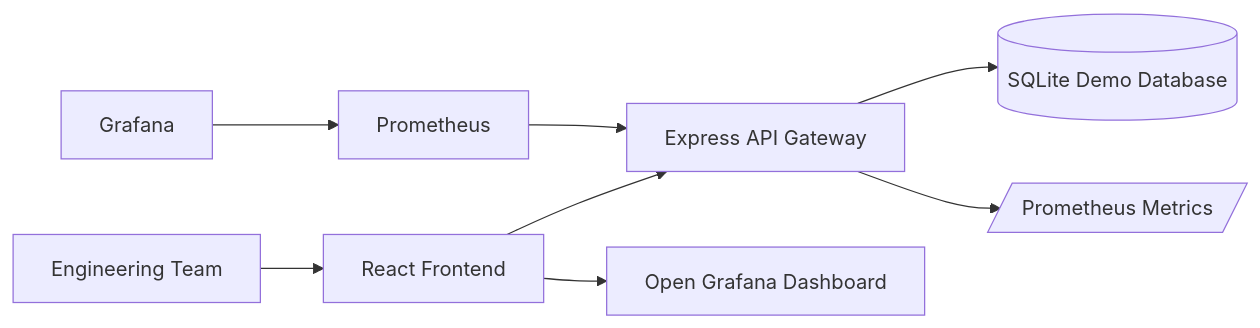
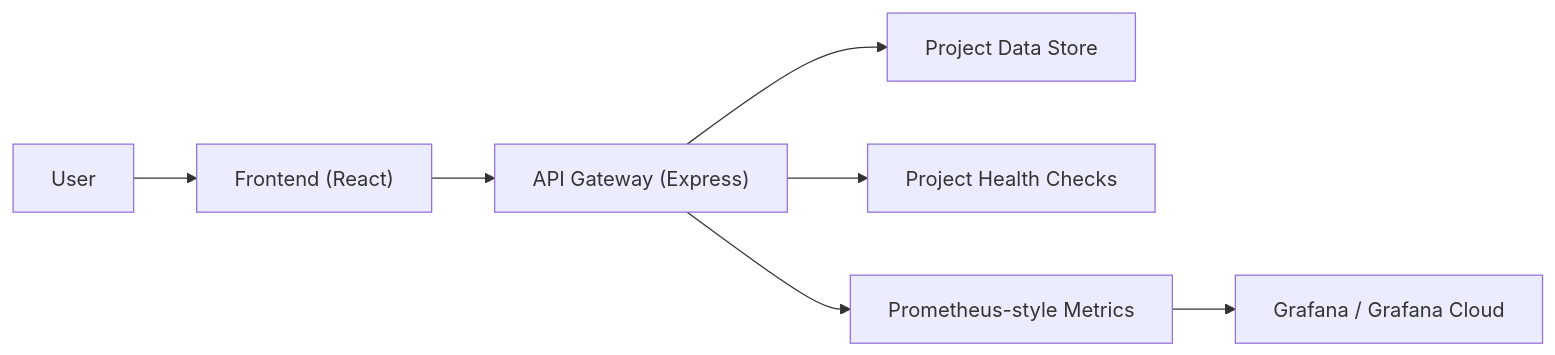
One commit to abhiinavanand/Devpilot changed the diagram in README.md. Above: the diagram before and after it, drawn with Mermaid. The commit also changed other lines of this file and 55 other files, not shown here.

````diff
--- a/README.md
+++ b/README.md
@@ -15,10 +28,9 @@
 ```mermaid
 flowchart LR
-  User[Engineering Team] --> Frontend[React Frontend]
-  Frontend --> Gateway[Express API Gateway]
-  Gateway --> SQLite[(SQLite Demo Database)]
-  Gateway --> Metrics[/Prometheus Metrics/]
-  Prometheus --> Gateway
-  Grafana --> Prometheus
-  Frontend --> GrafanaLink[Open Grafana Dashboard]
+  User["User"] --> Frontend["Frontend (React)"]
+  Frontend --> Api["API Gateway (Express)"]
+  Api --> Data["Project Data Store"]
+  Api --> Health["Project Health Checks"]
+  Api --> Metrics["Prometheus-style Metrics"]
+  Metrics --> Grafana["Grafana / Grafana Cloud"]
 ```
````
